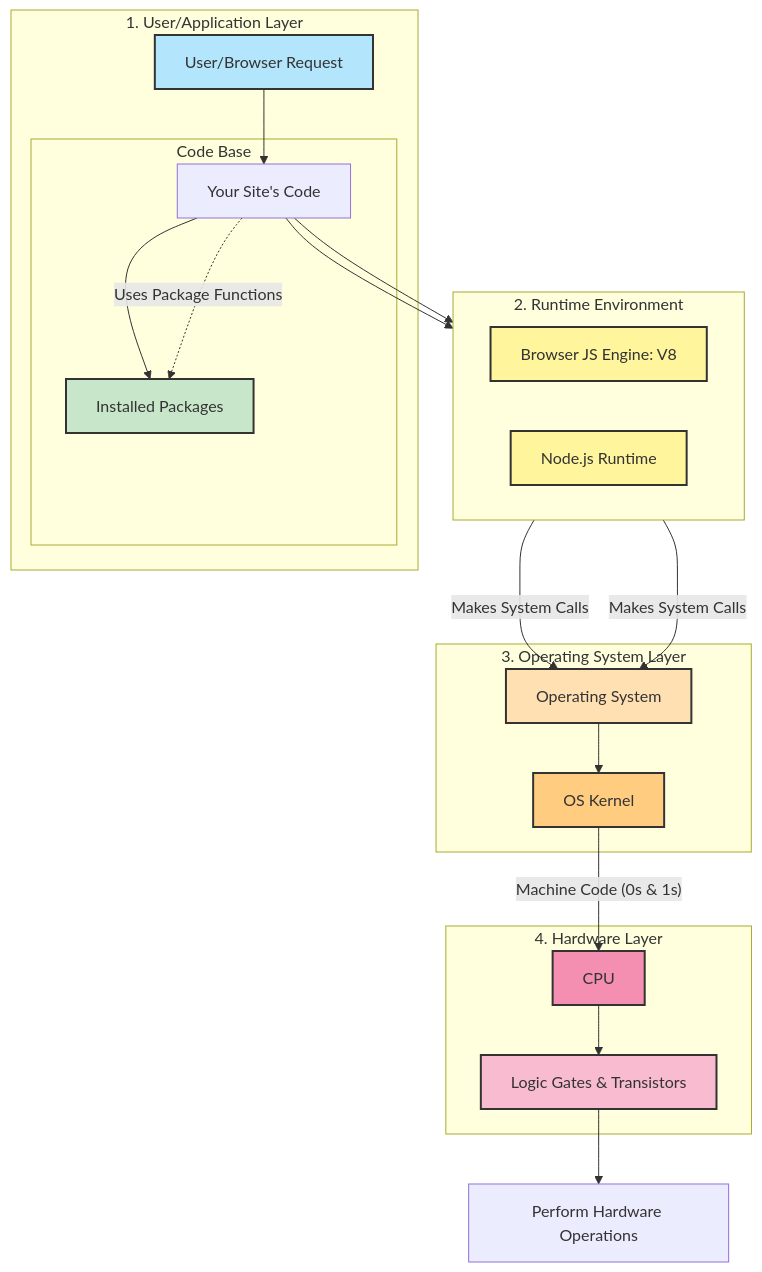
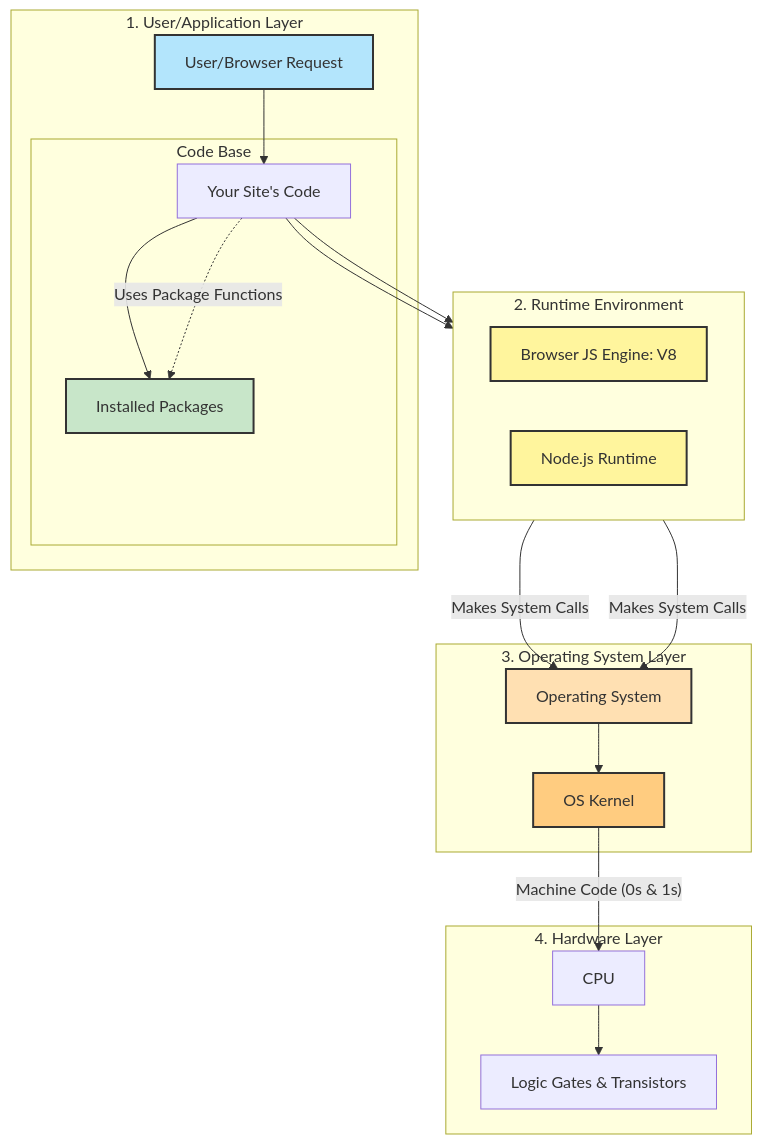
One commit to Kabir08/Random_Mermaids changed the second of 3 diagrams in Projects/Learnings/Aug-21/Design.md. Above: the diagram before and after it, drawn with Mermaid. The commit also changed other lines of this file, not shown here.

````diff
--- a/Projects/Learnings/Aug-21/Design.md
+++ b/Projects/Learnings/Aug-21/Design.md
@@ -37,47 +37,42 @@
 ```mermaid
 flowchart TD
     %% User/Application Layer
     subgraph "1. User/Application Layer"
         A[User/Browser Request] --> B["Your Site's Code"]
         subgraph "Code Base"
             B --> C["Installed Packages"]
         end
         B -. "Uses Package Functions" .-> C
     end
 
     style A fill:#b3e5fc,stroke:#333,stroke-width:2px
     style C fill:#c8e6c9,stroke:#333,stroke-width:2px
 
     %% Runtime Environment
     subgraph "2. Runtime Environment"
         direction LR
         D["Browser JS Engine: V8"]
         E["Node.js Runtime"]
         B --> D
         B --> E
     end
 
     style D fill:#fff59d,stroke:#333,stroke-width:2px
     style E fill:#fff59d,stroke:#333,stroke-width:2px
 
     %% Operating System Layer
     subgraph "3. Operating System Layer"
         F["Operating System"] --> G["OS Kernel"]
         D -- "Makes System Calls" --> F
         E -- "Makes System Calls" --> F
     end
 
     style F fill:#ffe0b2,stroke:#333,stroke-width:2px
     style G fill:#ffcc80,stroke:#333,stroke-width:2px
 
     %% Hardware Layer
     subgraph "4. Hardware Layer"
         H["CPU"] --> I["Logic Gates & Transistors"]
         G -- "Machine Code (0s & 1s)" --> H
     end
-
-    style H fill:#f48fb1,stroke:#333,stroke-width:2px
-    style I fill:#f8bbd0,stroke:#333,stroke-width:2px
-
-    I --> J["Perform Hardware Operations"]
 ```
````
